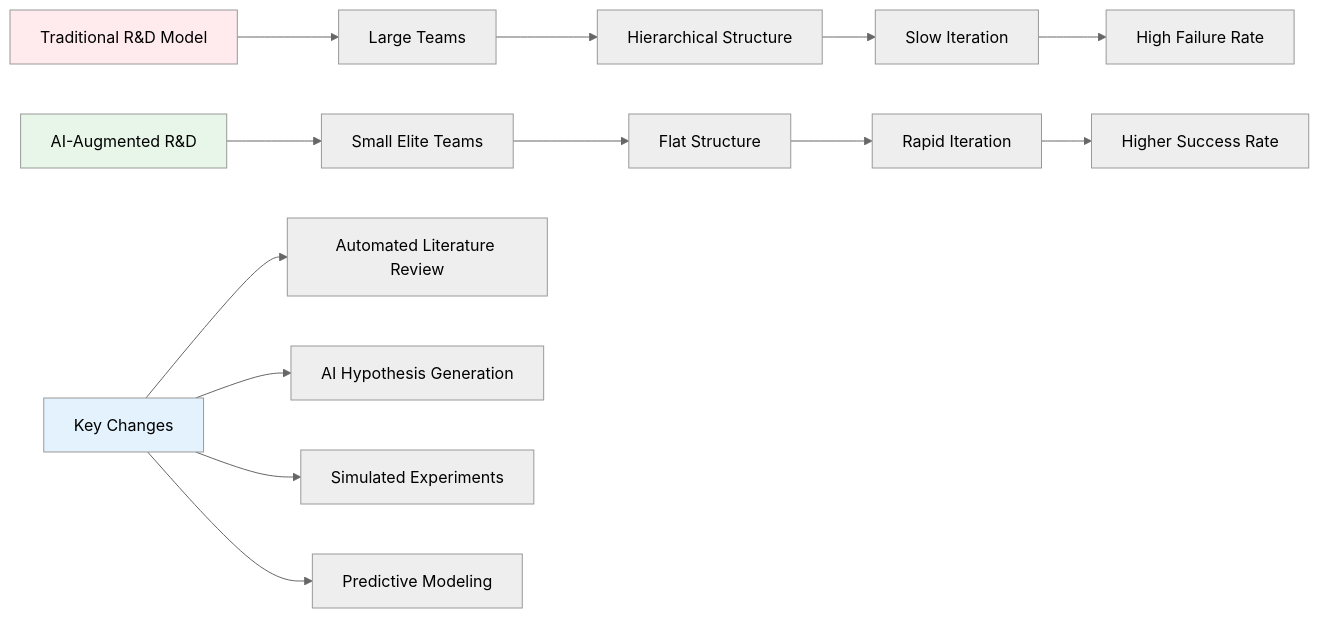
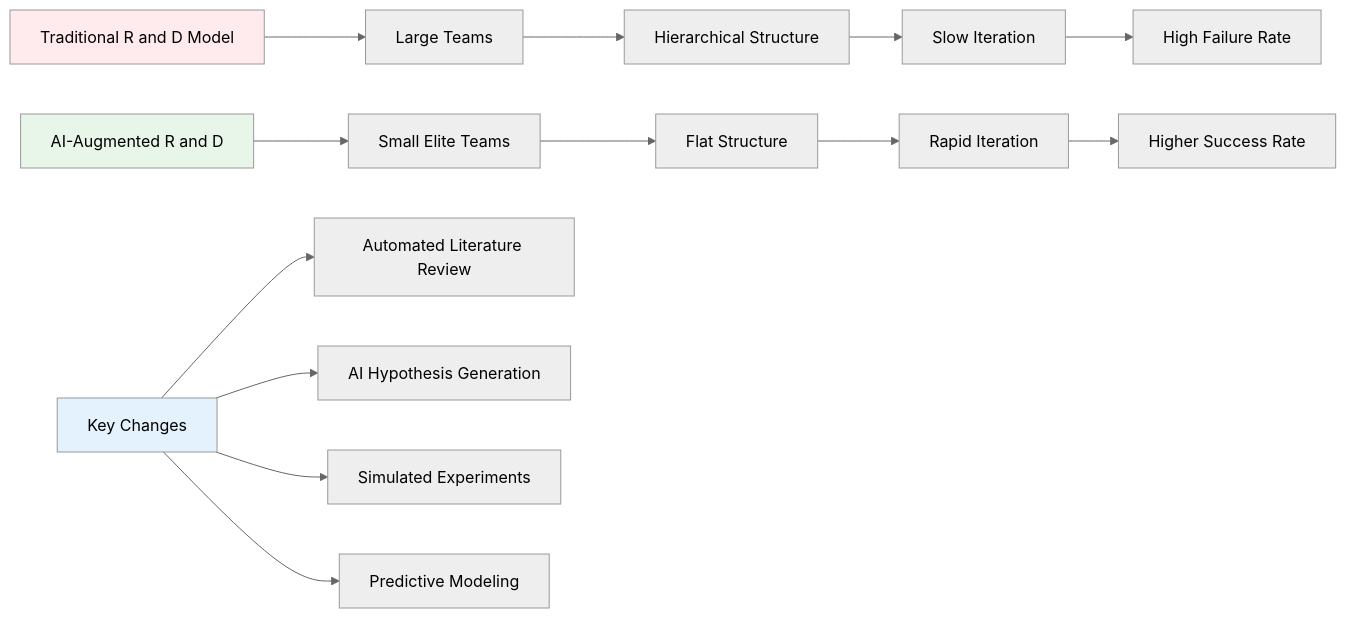
The third of 4 diagrams in 1091-llm-economics-overview.qmd (mikenguyen13/ai_in_action), drawn with Mermaid before and after one commit. The commit also changed other lines of this file and 52 other files, not shown here.

Commit message:
Fix Mermaid rendering in 22 chapters: remove ampersands and br tags from node labels, move detail to tables

````diff
--- a/1091-llm-economics-overview.qmd
+++ b/1091-llm-economics-overview.qmd
@@ -553,23 +553,23 @@
 ```{mermaid}
 %%{init: {'theme':'neutral'}}%%
 graph LR
-    A[Traditional R&D Model] --> B[Large Teams]
-    B --> C[Hierarchical Structure]
-    C --> D[Slow Iteration]
-    D --> E[High Failure Rate]
-    
-    F[AI-Augmented R&D] --> G[Small Elite Teams]
-    G --> H[Flat Structure]
-    H --> I[Rapid Iteration]
-    I --> J[Higher Success Rate]
-    
-    K[Key Changes]
-    K --> L[Automated Literature Review]
-    K --> M[AI Hypothesis Generation]
-    K --> N[Simulated Experiments]
-    K --> O[Predictive Modeling]
-    
+    A["Traditional R and D Model"] --> B["Large Teams"]
+    B --> C["Hierarchical Structure"]
+    C --> D["Slow Iteration"]
+    D --> E["High Failure Rate"]
+
+    F["AI-Augmented R and D"] --> G["Small Elite Teams"]
+    G --> H["Flat Structure"]
+    H --> I["Rapid Iteration"]
+    I --> J["Higher Success Rate"]
+
+    K["Key Changes"]
+    K --> L["Automated Literature Review"]
+    K --> M["AI Hypothesis Generation"]
+    K --> N["Simulated Experiments"]
+    K --> O["Predictive Modeling"]
+
     style A fill:#ffebee
     style F fill:#e8f5e9
     style K fill:#e3f2fd
 ```
````
